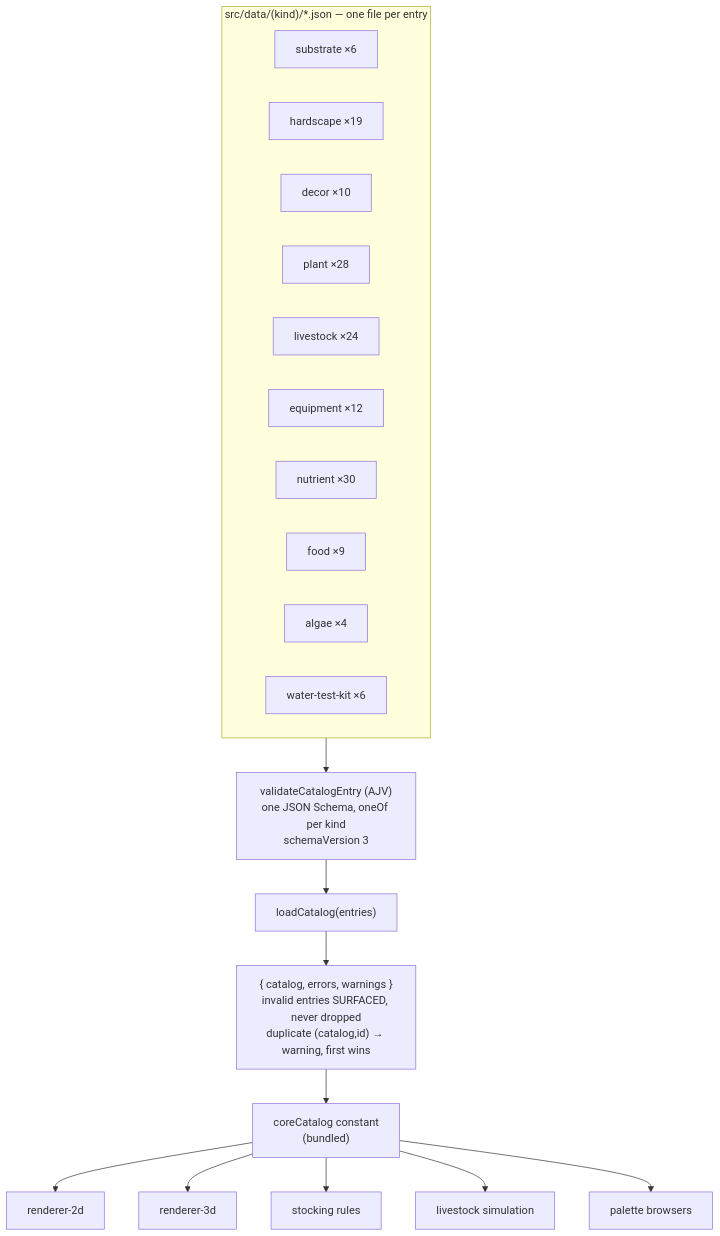
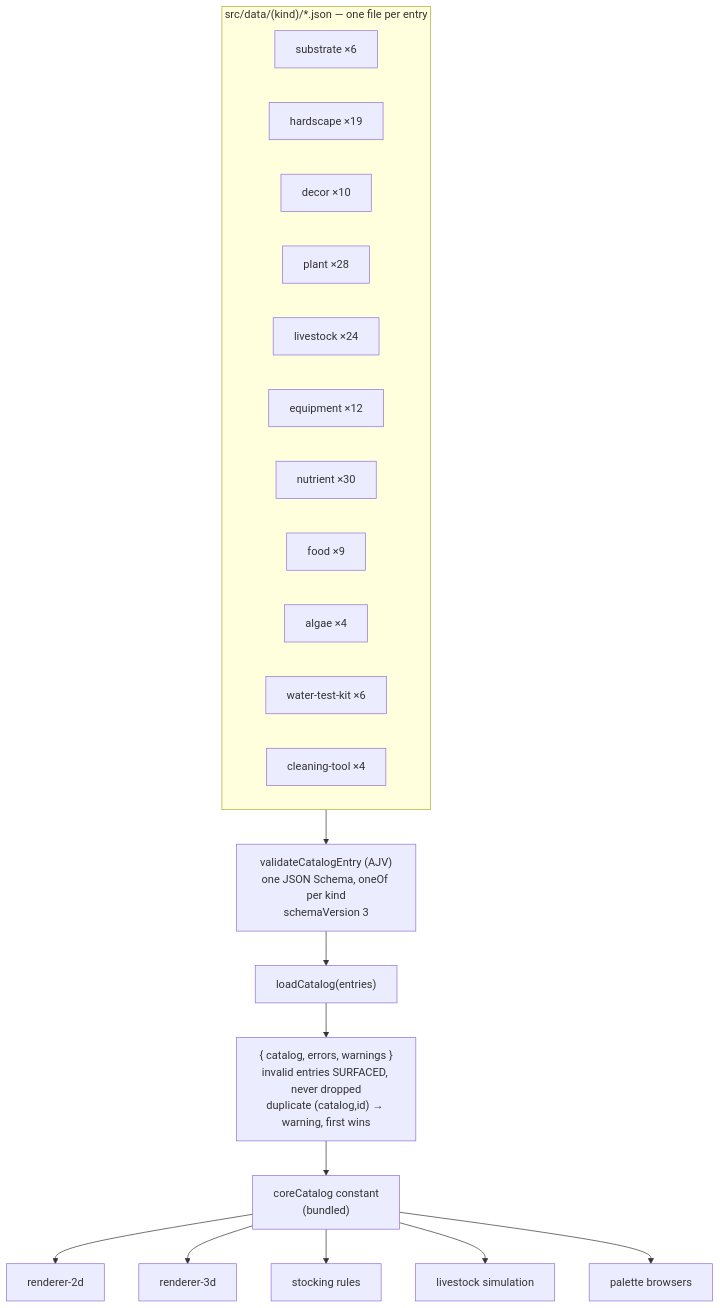
One commit to joebarbere/aquascape changed the diagram in docs/architecture/catalog.md. Above: the diagram before and after it, drawn with Mermaid. The commit also changed other lines of this file and 12 other files, not shown here.

First line of the commit message:
feat(catalog): cleaning-tool kind (Stage 16 F16.5a)

````diff
--- a/docs/architecture/catalog.md
+++ b/docs/architecture/catalog.md
@@ -15,20 +15,21 @@
 ```mermaid
 flowchart TD
     subgraph manifests ["src/data/(kind)/*.json — one file per entry"]
         S[substrate ×6]
         H[hardscape ×19]
         D[decor ×10]
         P[plant ×28]
         L[livestock ×24]
         E[equipment ×12]
         N[nutrient ×30]
         F[food ×9]
         A[algae ×4]
         TK[water-test-kit ×6]
+        CT[cleaning-tool ×4]
     end
     manifests --> V["validateCatalogEntry (AJV)<br/>one JSON Schema, oneOf per kind<br/>schemaVersion 3"]
     V --> LD["loadCatalog(entries)"]
     LD --> OUT["{ catalog, errors, warnings }<br/>invalid entries SURFACED, never dropped<br/>duplicate (catalog,id) → warning, first wins"]
     OUT --> CC["coreCatalog constant<br/>(bundled)"]
     CC --> R2D[renderer-2d] & R3D[renderer-3d] & STK[stocking rules] & SIM[livestock simulation] & UI[palette browsers]
 ```
````
